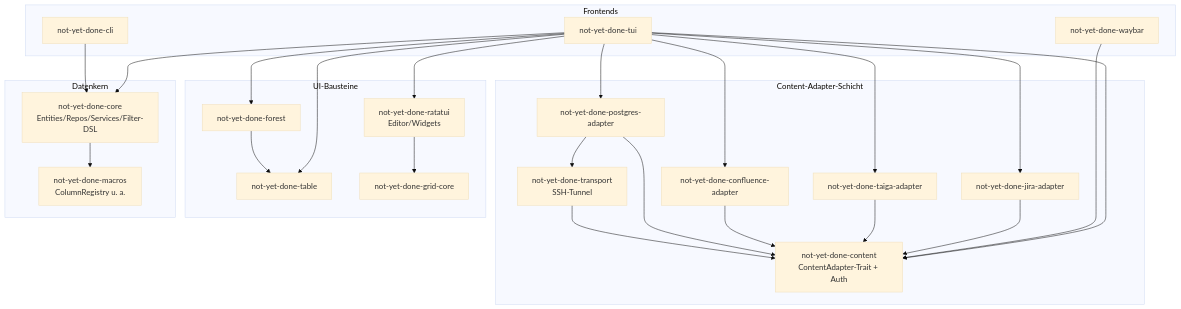
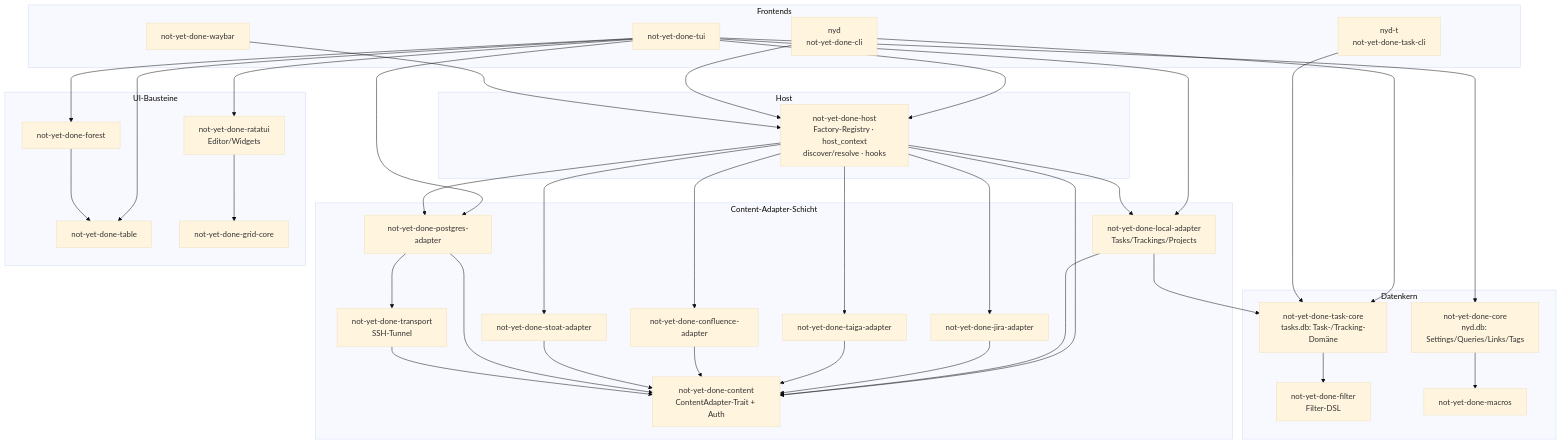
Before and after one commit to bschnitz/not-yet-done: the first of 3 diagrams in docs/architecture.md, drawn with Mermaid (base theme). The commit also changed other lines of this file and 3 other files, not shown here.

First line of the commit message:
docs(block-d): host crate + protocol frontends + lifecycle hooks (D7)

````diff
--- a/docs/architecture.md
+++ b/docs/architecture.md
@@ -35,53 +42,73 @@
 ```mermaid
 flowchart TD
     subgraph Frontends
         TUI[not-yet-done-tui]
-        CLI[not-yet-done-cli]
+        NYD["nyd<br/>not-yet-done-cli"]
+        NYDT["nyd-t<br/>not-yet-done-task-cli"]
         WAYBAR[not-yet-done-waybar]
+    end
+
+    subgraph Host
+        HOST["not-yet-done-host<br/>Factory-Registry · host_context<br/>discover/resolve · hooks"]
     end
 
     subgraph "Content-Adapter-Schicht"
         CONTENT[not-yet-done-content<br/>ContentAdapter-Trait + Auth]
+        LOCAL[not-yet-done-local-adapter<br/>Tasks/Trackings/Projects]
         JIRA[not-yet-done-jira-adapter]
         TAIGA[not-yet-done-taiga-adapter]
         PG[not-yet-done-postgres-adapter]
         CONF[not-yet-done-confluence-adapter]
+        STOAT[not-yet-done-stoat-adapter]
         TRANSPORT[not-yet-done-transport<br/>SSH-Tunnel]
     end
 
     subgraph "UI-Bausteine"
         FOREST[not-yet-done-forest]
         TABLE[not-yet-done-table]
         NYDRATATUI[not-yet-done-ratatui<br/>Editor/Widgets]
         GRID[not-yet-done-grid-core]
     end
 
     subgraph Datenkern
-        CORE[not-yet-done-core<br/>Entities/Repos/Services/Filter-DSL]
-        MACROS[not-yet-done-macros<br/>ColumnRegistry u. a.]
+        CORE[not-yet-done-core<br/>nyd.db: Settings/Queries/Links/Tags]
+        TASKCORE[not-yet-done-task-core<br/>tasks.db: Task-/Tracking-Domäne]
+        FILTER[not-yet-done-filter<br/>Filter-DSL]
+        MACROS[not-yet-done-macros]
     end
 
+    TUI --> HOST
     TUI --> CORE
-    TUI --> CONTENT
-    TUI --> JIRA
-    TUI --> TAIGA
+    TUI --> LOCAL
     TUI --> PG
-    TUI --> CONF
     TUI --> FOREST
     TUI --> TABLE
     TUI --> NYDRATATUI
+    NYD --> HOST
+    NYD --> TASKCORE
+    NYDT --> TASKCORE
+    WAYBAR --> HOST
 
-    CLI --> CORE
-    WAYBAR --> CONTENT
+    HOST --> CONTENT
+    HOST --> LOCAL
+    HOST --> JIRA
+    HOST --> TAIGA
+    HOST --> PG
+    HOST --> CONF
+    HOST --> STOAT
 
+    LOCAL --> CONTENT
+    LOCAL --> TASKCORE
     JIRA --> CONTENT
     TAIGA --> CONTENT
     CONF --> CONTENT
+    STOAT --> CONTENT
     PG --> CONTENT
     PG --> TRANSPORT
     TRANSPORT --> CONTENT
 
+    TASKCORE --> FILTER
     FOREST --> TABLE
     NYDRATATUI --> GRID
     CORE --> MACROS
 ```
````
